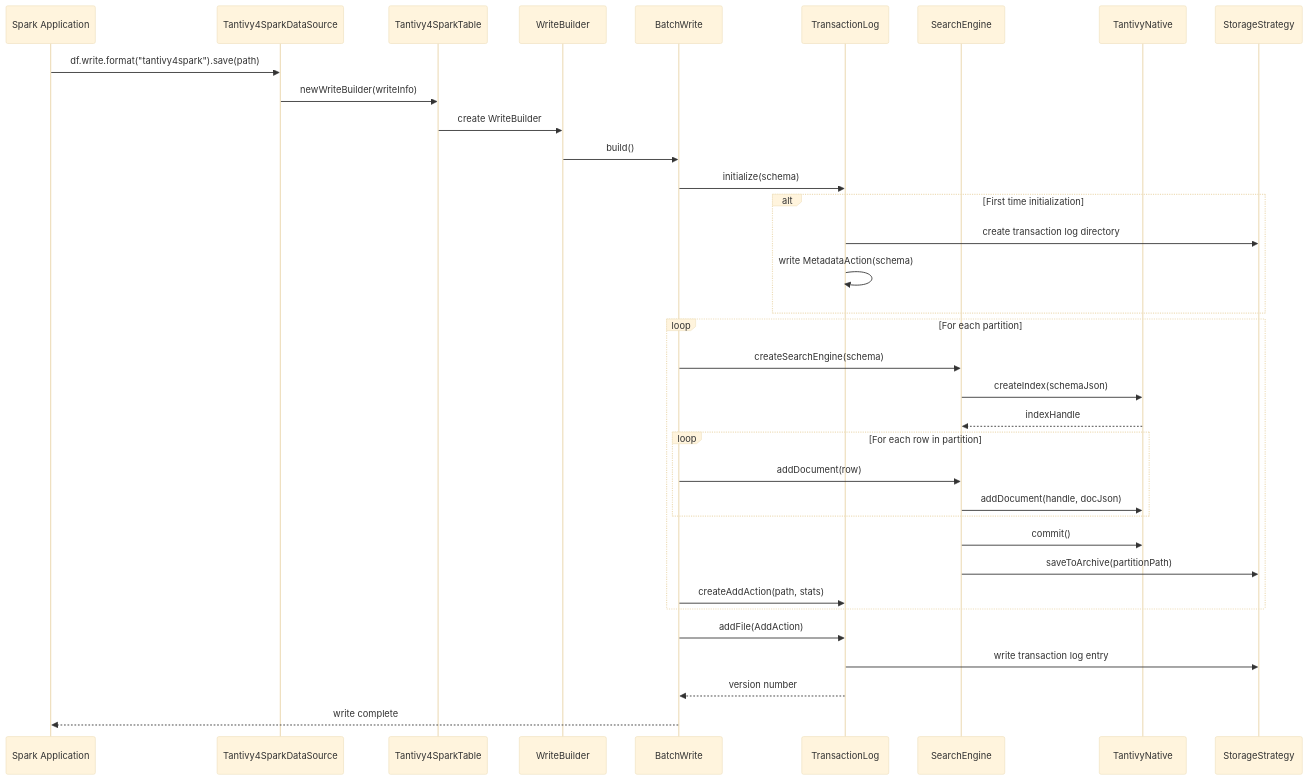
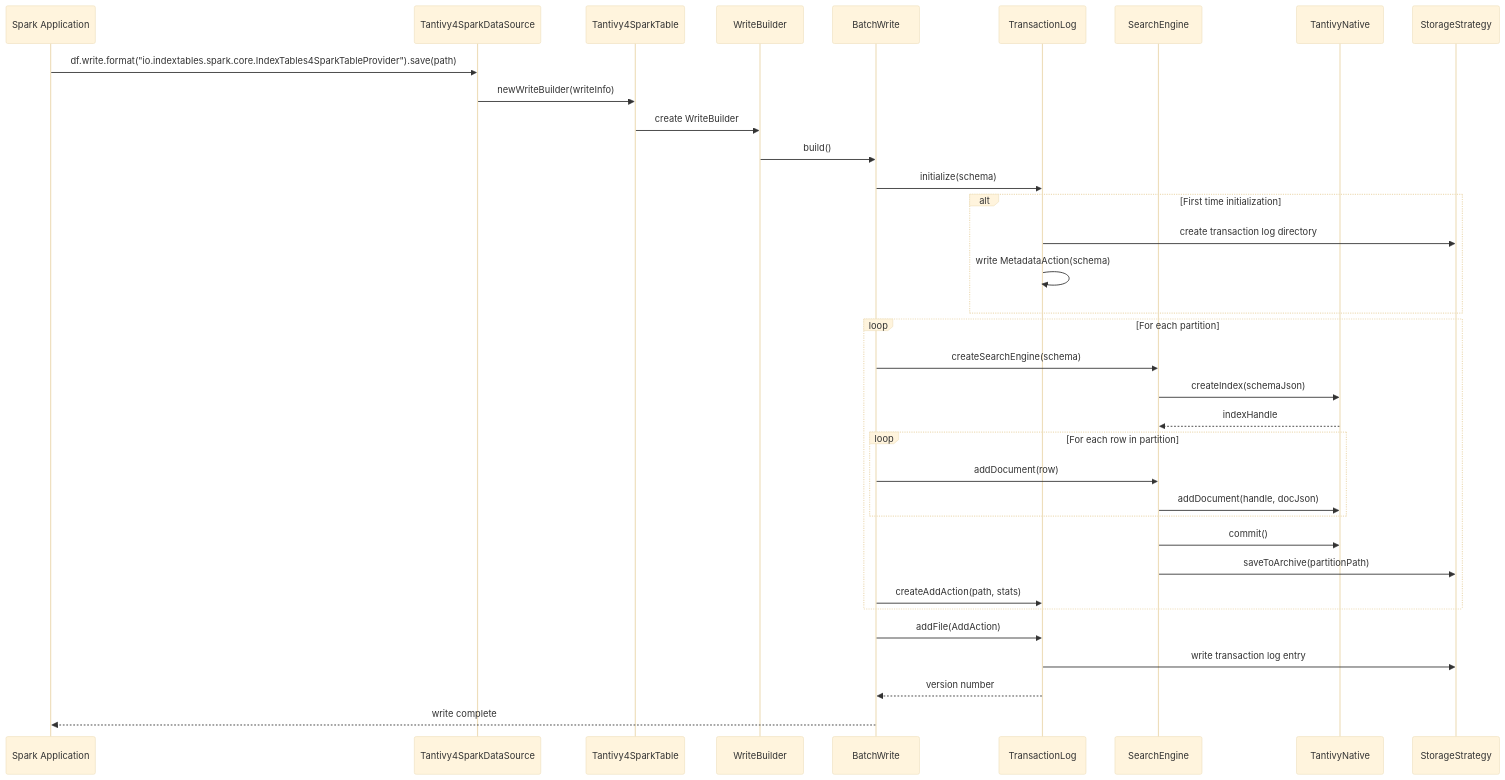
Before and after one commit to indextables/indextables_spark: the fifth of 13 diagrams in docs/UML_DIAGRAMS.md, drawn with Mermaid (base theme). The commit also changed other lines of this file and 104 other files, not shown here.

````diff
--- a/docs/UML_DIAGRAMS.md
+++ b/docs/UML_DIAGRAMS.md
@@ -448,43 +448,43 @@
 ```mermaid
 sequenceDiagram
     participant Client as Spark Application
     participant DS as Tantivy4SparkDataSource
     participant Table as Tantivy4SparkTable
     participant WB as WriteBuilder
     participant BatchWrite as BatchWrite
     participant TL as TransactionLog
     participant SE as SearchEngine
     participant JNI as TantivyNative
     participant Storage as StorageStrategy
 
-    Client->>DS: df.write.format("tantivy4spark").save(path)
+    Client->>DS: df.write.format("io.indextables.spark.core.IndexTables4SparkTableProvider").save(path)
     DS->>Table: newWriteBuilder(writeInfo)
     Table->>WB: create WriteBuilder
     WB->>BatchWrite: build()
     BatchWrite->>TL: initialize(schema)
     
     alt First time initialization
         TL->>Storage: create transaction log directory
         TL->>TL: write MetadataAction(schema)
     end
 
     loop For each partition
         BatchWrite->>SE: createSearchEngine(schema)
         SE->>JNI: createIndex(schemaJson)
         JNI-->>SE: indexHandle
         
         loop For each row in partition
             BatchWrite->>SE: addDocument(row)
             SE->>JNI: addDocument(handle, docJson)
         end
         
         SE->>JNI: commit()
         SE->>Storage: saveToArchive(partitionPath)
         BatchWrite->>TL: createAddAction(path, stats)
     end
 
     BatchWrite->>TL: addFile(AddAction)
     TL->>Storage: write transaction log entry
     TL-->>BatchWrite: version number
     BatchWrite-->>Client: write complete
 ```
````
